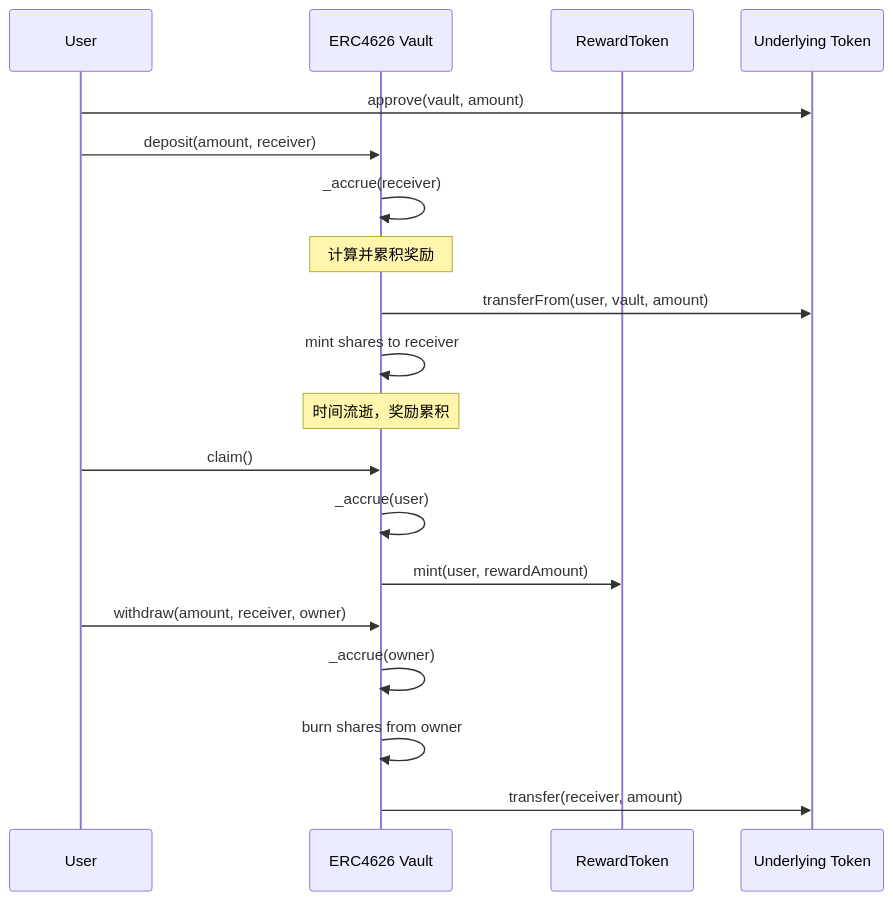
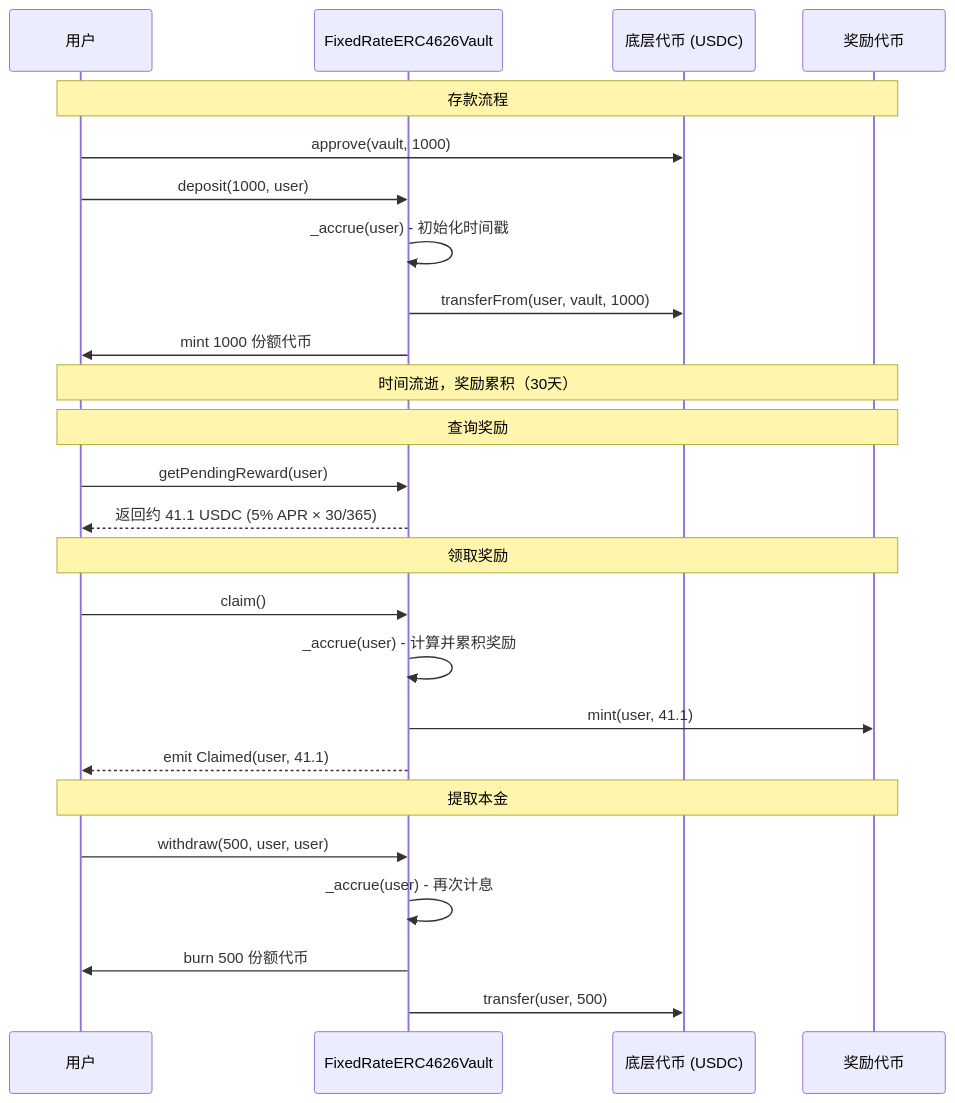
Before and after one commit to RohithVetri/defi-fixed-yield-course: the second of 2 diagrams in docs/lessons/03-vault-contract.md, drawn with Mermaid. The commit also changed other lines of this file and 10 other files, not shown here.

````diff
--- a/docs/lessons/03-vault-contract.md
+++ b/docs/lessons/03-vault-contract.md
@@ -19,25 +145,32 @@
 ```mermaid
 sequenceDiagram
-  participant U as User
-  participant V as ERC4626 Vault
-  participant R as RewardToken
-  participant T as Underlying Token
-  
-  U->>T: approve(vault, amount)
-  U->>V: deposit(amount, receiver)
-  V->>V: _accrue(receiver)
-  Note over V: 计算并累积奖励
-  V->>T: transferFrom(user, vault, amount)
-  V->>V: mint shares to receiver
-  
-  Note over V: 时间流逝，奖励累积
-  
-  U->>V: claim()
-  V->>V: _accrue(user)
-  V->>R: mint(user, rewardAmount)
-  
-  U->>V: withdraw(amount, receiver, owner)
-  V->>V: _accrue(owner)
-  V->>V: burn shares from owner
-  V->>T: transfer(receiver, amount)
+    participant User as 用户
+    participant Vault as FixedRateERC4626Vault
+    participant Underlying as 底层代币 (USDC)
+    participant Reward as 奖励代币
+    
+    Note over User,Reward: 存款流程
+    User->>Underlying: approve(vault, 1000)
+    User->>Vault: deposit(1000, user)
+    Vault->>Vault: _accrue(user) - 初始化时间戳
+    Vault->>Underlying: transferFrom(user, vault, 1000)
+    Vault->>User: mint 1000 份额代币
+    
+    Note over User,Reward: 时间流逝，奖励累积（30天）
+    
+    Note over User,Reward: 查询奖励
+    User->>Vault: getPendingReward(user)
+    Vault-->>User: 返回约 41.1 USDC (5% APR × 30/365)
+    
+    Note over User,Reward: 领取奖励
+    User->>Vault: claim()
+    Vault->>Vault: _accrue(user) - 计算并累积奖励
+    Vault->>Reward: mint(user, 41.1)
+    Vault-->>User: emit Claimed(user, 41.1)
+    
+    Note over User,Reward: 提取本金
+    User->>Vault: withdraw(500, user, user)
+    Vault->>Vault: _accrue(user) - 再次计息
+    Vault->>User: burn 500 份额代币
+    Vault->>Underlying: transfer(user, 500)
 ```
````
